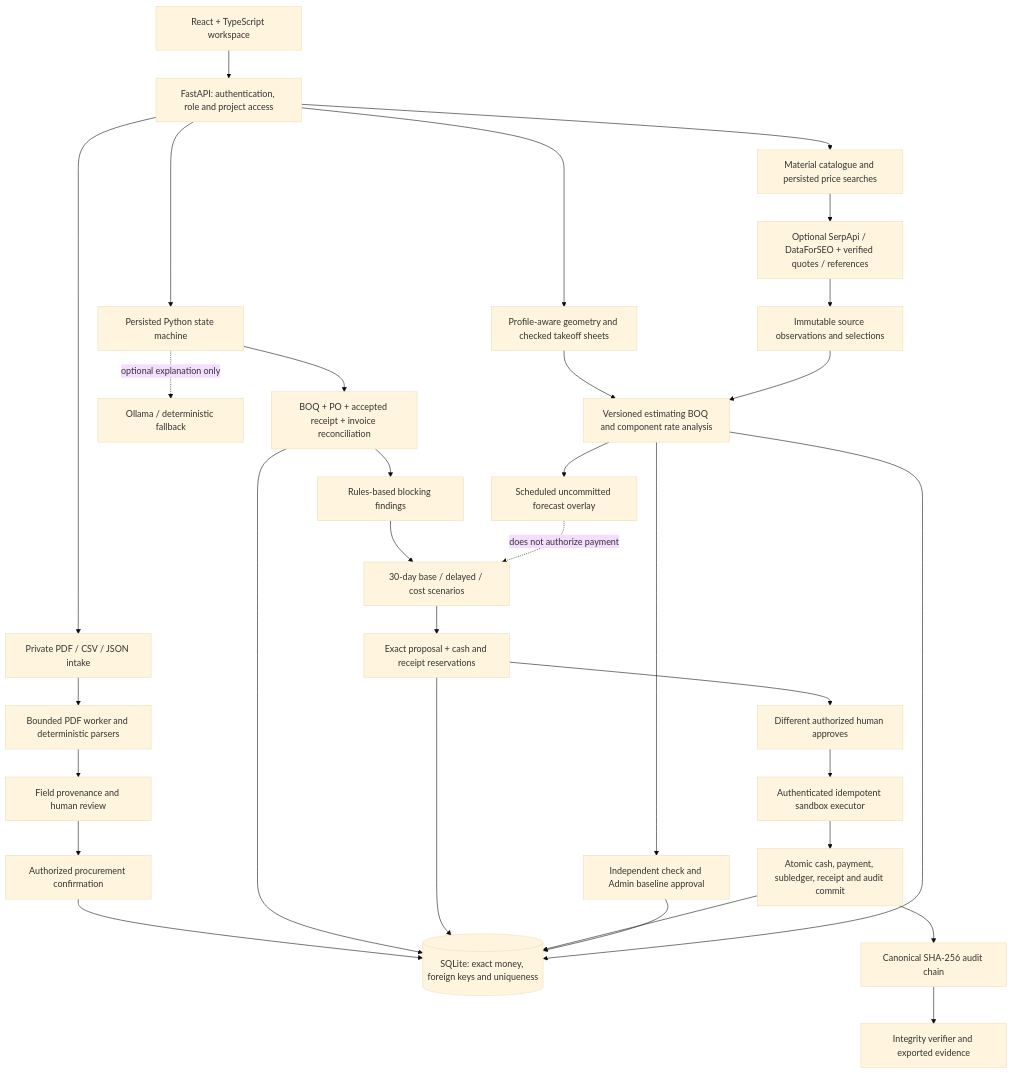
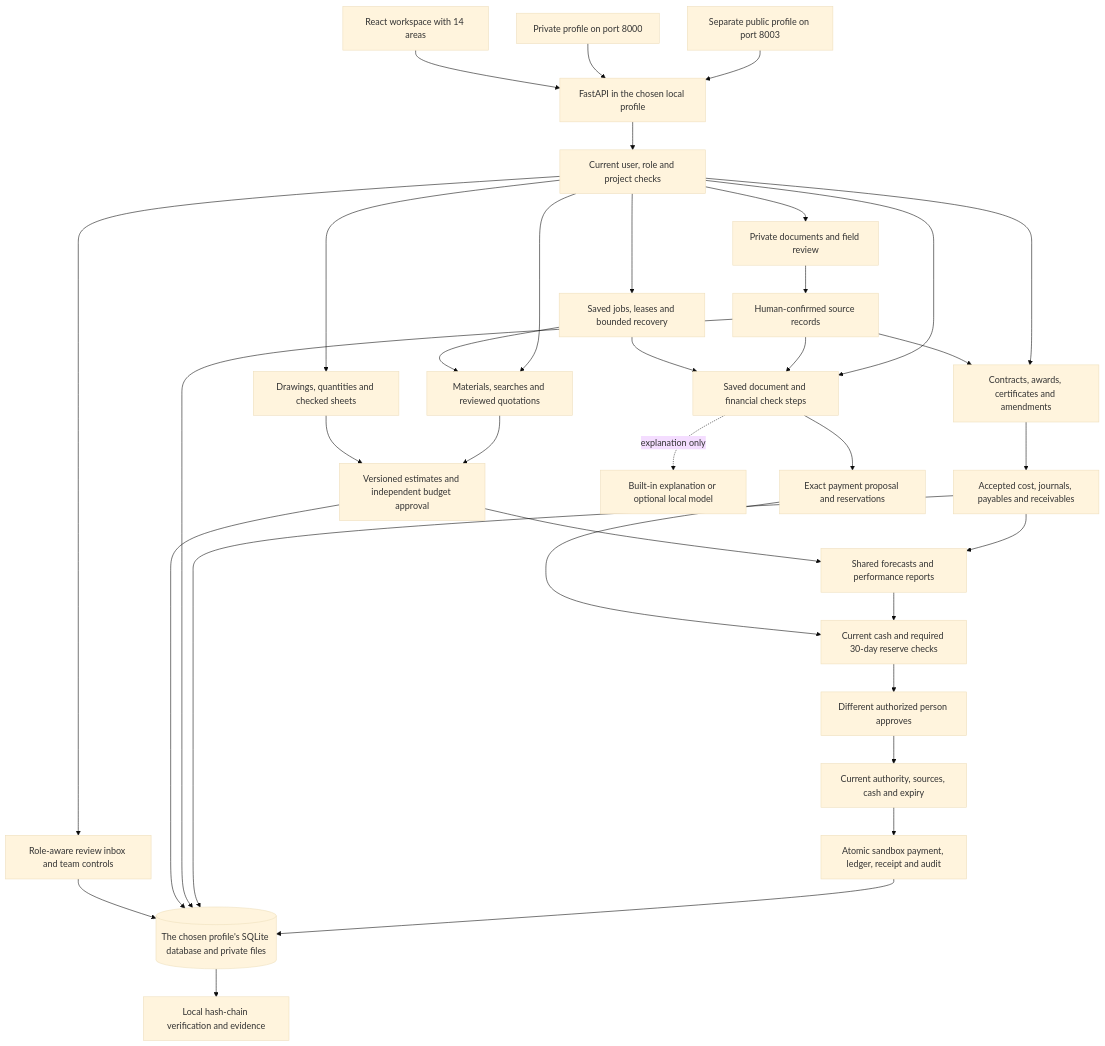
Before and after one commit to md-ishtiak-ahmed-sajib/buildtrust-ai: the diagram in docs/architecture.mmd, drawn with Mermaid (base theme). The commit also changed 135 other files, not shown here.

```diff
--- a/docs/architecture.mmd
+++ b/docs/architecture.mmd
@@ -1,32 +1,35 @@
 flowchart TD
-    UI[React + TypeScript workspace] --> API[FastAPI: authentication, role and project access]
-    API --> Intake[Private PDF / CSV / JSON intake]
-    Intake --> Parser[Bounded PDF worker and deterministic parsers]
-    Parser --> Review[Field provenance and human review]
-    Review --> Confirm[Authorized procurement confirmation]
-    API --> Workflow[Persisted Python state machine]
-    Workflow --> Match[BOQ + PO + accepted receipt + invoice reconciliation]
-    Match --> Risk[Rules-based blocking findings]
-    Risk --> Cash[30-day base / delayed / cost scenarios]
-    Cash --> Prepare[Exact proposal + cash and receipt reservations]
-    Prepare --> Human[Different authorized human approves]
-    Human --> Execute[Authenticated idempotent sandbox executor]
-    Execute --> Atomic[Atomic cash, payment, subledger, receipt and audit commit]
-    Workflow -. optional explanation only .-> Ollama[Ollama / deterministic fallback]
-    Confirm --> DB[(SQLite: exact money, foreign keys and uniqueness)]
-    Match --> DB
-    Prepare --> DB
-    Atomic --> DB
-    Atomic --> Audit[Canonical SHA-256 audit chain]
-    Audit --> Verify[Integrity verifier and exported evidence]
-    API --> Price[Material catalogue and persisted price searches]
-    Price --> Providers[Optional SerpApi / DataForSEO + verified quotes / references]
-    Providers --> Evidence[Immutable source observations and selections]
-    API --> QS[Profile-aware geometry and checked takeoff sheets]
-    QS --> Estimate[Versioned estimating BOQ and component rate analysis]
-    Evidence --> Estimate
-    Estimate --> Budget[Independent check and Admin baseline approval]
-    Estimate --> Overlay[Scheduled uncommitted forecast overlay]
-    Budget --> DB
-    Overlay -. does not authorize payment .-> Cash
-    Estimate --> DB
+    Public[Separate public profile on port 8003] --> API[FastAPI in the chosen local profile]
+    Private[Private profile on port 8000] --> API
+    UI[React workspace with 14 areas] --> API
+    API --> Access[Current user, role and project checks]
+    Access --> Documents[Private documents and field review]
+    Documents --> Sources[Human-confirmed source records]
+    Access --> Prices[Materials, searches and reviewed quotations]
+    Access --> Takeoff[Drawings, quantities and checked sheets]
+    Prices --> Estimates[Versioned estimates and independent budget approval]
+    Takeoff --> Estimates
+    Access --> Commercial[Contracts, awards, certificates and amendments]
+    Sources --> Commercial
+    Commercial --> Accounting[Accepted cost, journals, payables and receivables]
+    Accounting --> Forecast[Shared forecasts and performance reports]
+    Estimates --> Forecast
+    Access --> Workflow[Saved document and financial check steps]
+    Sources --> Workflow
+    Workflow --> Proposal[Exact payment proposal and reservations]
+    Forecast --> CashGate[Current cash and required 30-day reserve checks]
+    Proposal --> CashGate
+    CashGate --> Human[Different authorized person approves]
+    Human --> Recheck[Current authority, sources, cash and expiry]
+    Recheck --> Settlement[Atomic sandbox payment, ledger, receipt and audit]
+    Access --> Reviews[Role-aware review inbox and team controls]
+    Access --> Jobs[Saved jobs, leases and bounded recovery]
+    Jobs --> Workflow
+    Jobs --> Prices
+    Workflow -. explanation only .-> Model[Built-in explanation or optional local model]
+    Settlement --> Storage[(The chosen profile's SQLite database and private files)]
+    Accounting --> Storage
+    Sources --> Storage
+    Estimates --> Storage
+    Reviews --> Storage
+    Storage --> Audit[Local hash-chain verification and evidence]
```
